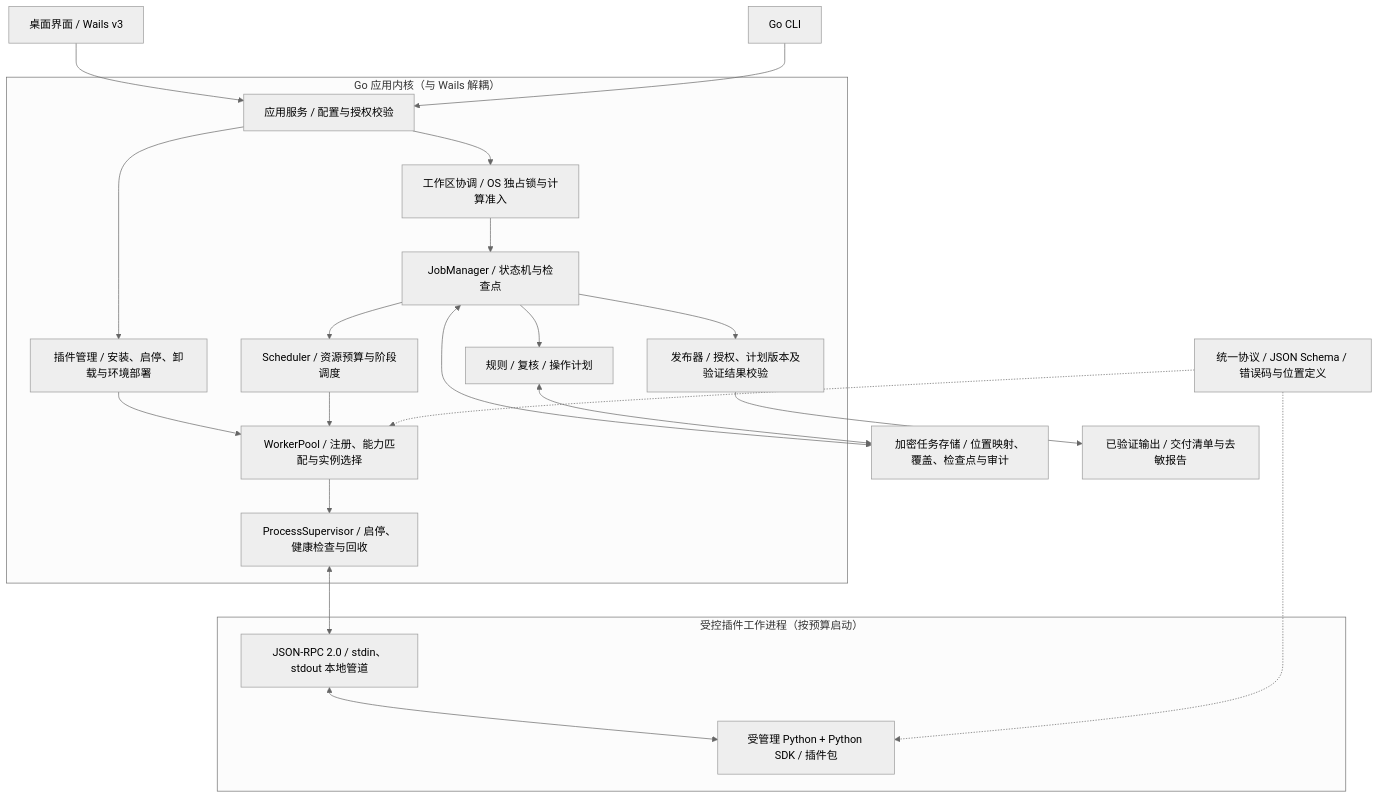
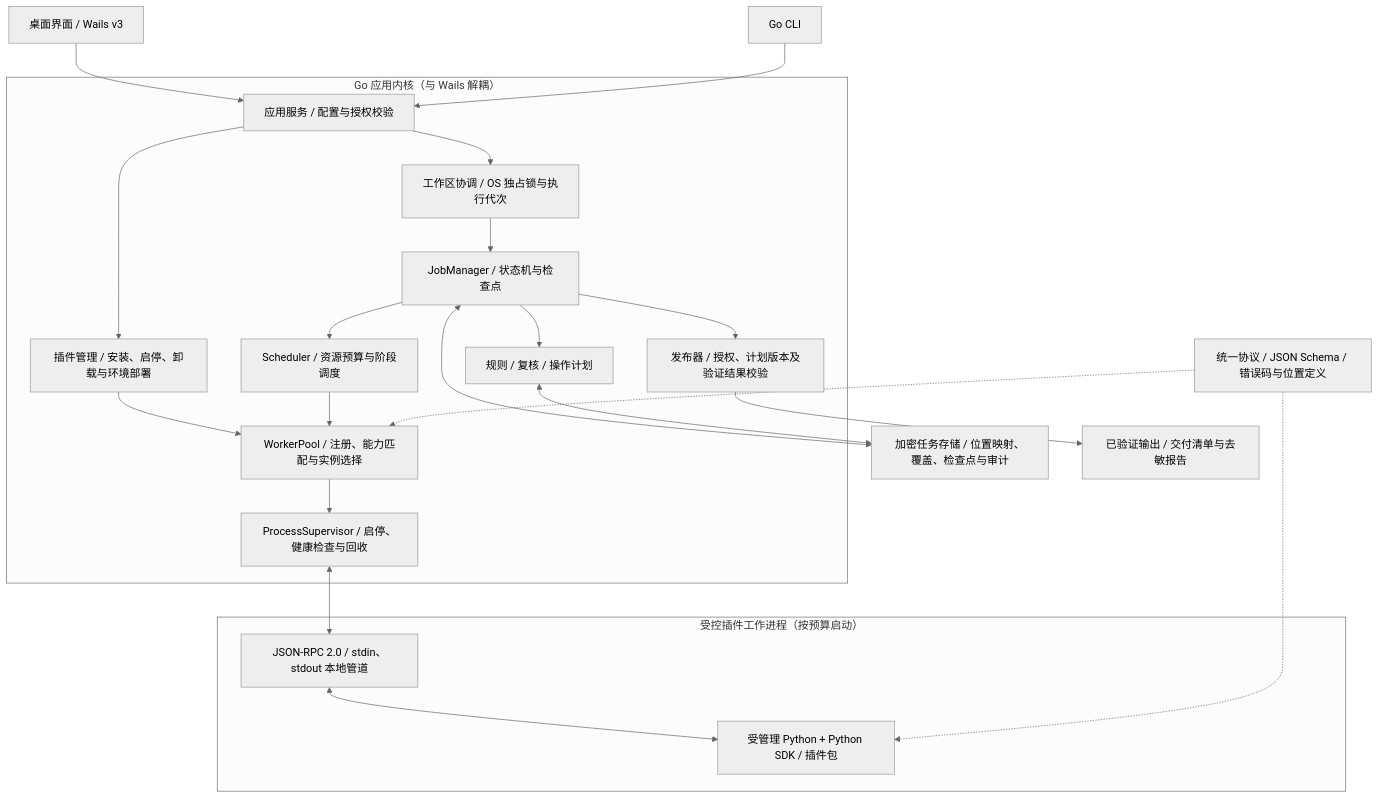
One commit to jorben/tacet changed the first of 4 diagrams in docs/v1/tacet-architecture.md. Above: the diagram before and after it, drawn with Mermaid (neutral theme). The commit also changed other lines of this file and 1 other file, not shown here.

````diff
--- a/docs/v1/tacet-architecture.md
+++ b/docs/v1/tacet-architecture.md
@@ -19,28 +19,28 @@
 ```mermaid
 flowchart TB
     UI["桌面界面 / Wails v3"] --> APP
     CLI["Go CLI"] --> APP
 
     subgraph CORE["Go 应用内核（与 Wails 解耦）"]
-        APP["应用服务 / 配置与授权校验"] --> OWNER["工作区协调 / OS 独占锁与计算准入"]
+        APP["应用服务 / 配置与授权校验"] --> OWNER["工作区协调 / OS 独占锁与执行代次"]
         APP --> PLUGMGR["插件管理 / 安装、启停、卸载与环境部署"]
         PLUGMGR --> POOL
         OWNER --> JOB["JobManager / 状态机与检查点"]
         JOB --> SCHED["Scheduler / 资源预算与阶段调度"]
         JOB --> POLICY["规则 / 复核 / 操作计划"]
         SCHED --> POOL["WorkerPool / 注册、能力匹配与实例选择"]
         POOL --> SUP["ProcessSupervisor / 启停、健康检查与回收"]
         JOB --> PUB["发布器 / 授权、计划版本及验证结果校验"]
     end
 
     SUP <--> IPC["JSON-RPC 2.0 / stdin、stdout 本地管道"]
     subgraph WORKERS["受控插件工作进程（按预算启动）"]
         IPC <--> PY["受管理 Python + Python SDK / 插件包"]
     end
 
     CONTRACT["统一协议 / JSON Schema / 错误码与位置定义"] -.-> POOL
     CONTRACT -.-> PY
     JOB <--> STORE["加密任务存储 / 位置映射、覆盖、检查点与审计"]
     POLICY <--> STORE
     PUB --> OUTPUT["已验证输出 / 交付清单与去敏报告"]
 ```
````
